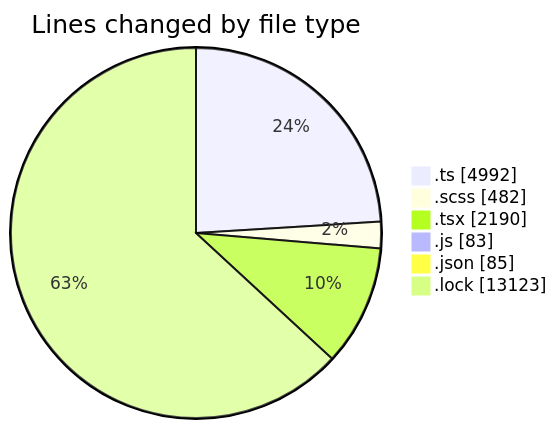
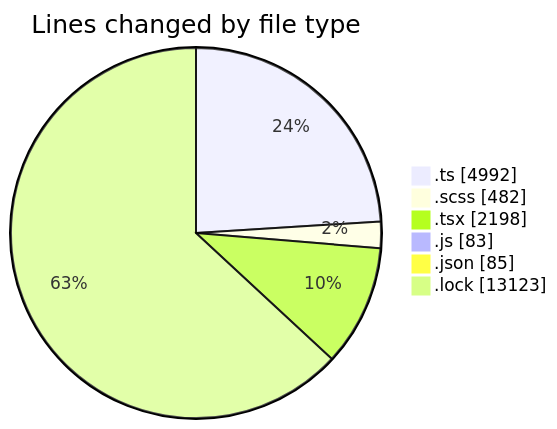
The first of 2 diagrams in 2025-09-12/cda/README.md (momahboobian/code-tracking), drawn with Mermaid before and after one commit. The commit also changed other lines of this file and 1 other file, not shown here.

````diff
--- a/2025-09-12/cda/README.md
+++ b/2025-09-12/cda/README.md
@@ -34,10 +34,10 @@
 ```mermaid
 pie showData
 title Lines changed by file type
 ".ts" : 4992
 ".scss" : 482
-".tsx" : 2190
+".tsx" : 2198
 ".js" : 83
 ".json" : 85
 ".lock" : 13123
 ```
````
